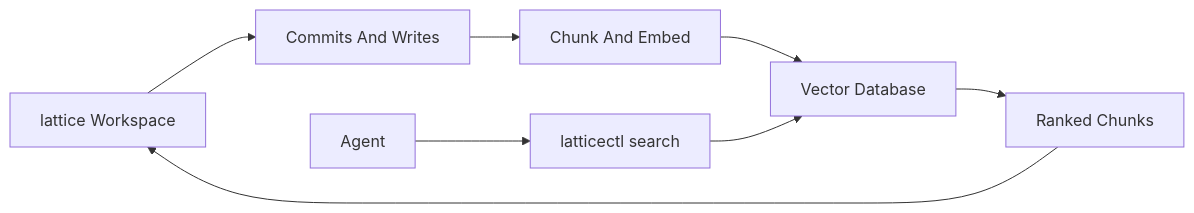
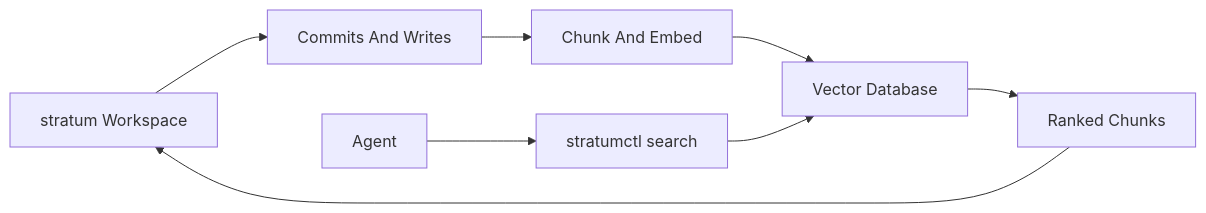
Before and after one commit to rajat1299/stratum: the diagram in docs/semantic-index.md, drawn with Mermaid. The commit also changed other lines of this file and 53 other files, not shown here.

````diff
--- a/docs/semantic-index.md
+++ b/docs/semantic-index.md
@@ -38,10 +38,10 @@
 ```mermaid
 flowchart LR
-  workspace[lattice Workspace] --> commits[Commits And Writes]
+  workspace[stratum Workspace] --> commits[Commits And Writes]
   commits --> indexer[Chunk And Embed]
   indexer --> vectorDb[Vector Database]
-  agent[Agent] --> searchCmd[latticectl search]
+  agent[Agent] --> searchCmd[stratumctl search]
   searchCmd --> vectorDb
   vectorDb --> results[Ranked Chunks]
   results --> workspace
 ```
````
